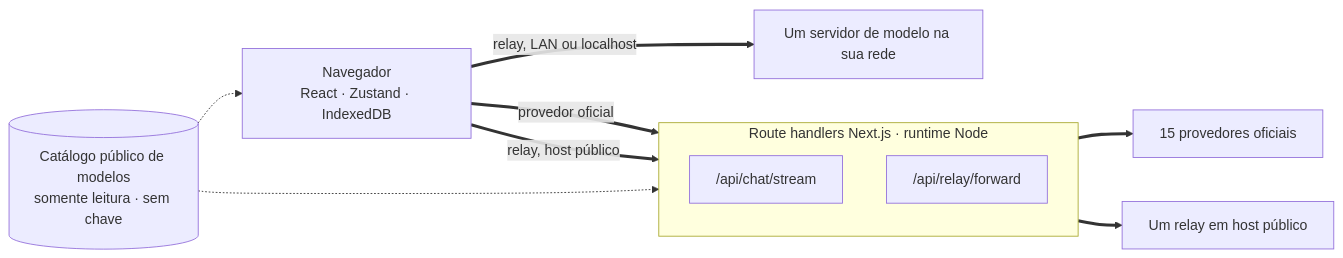
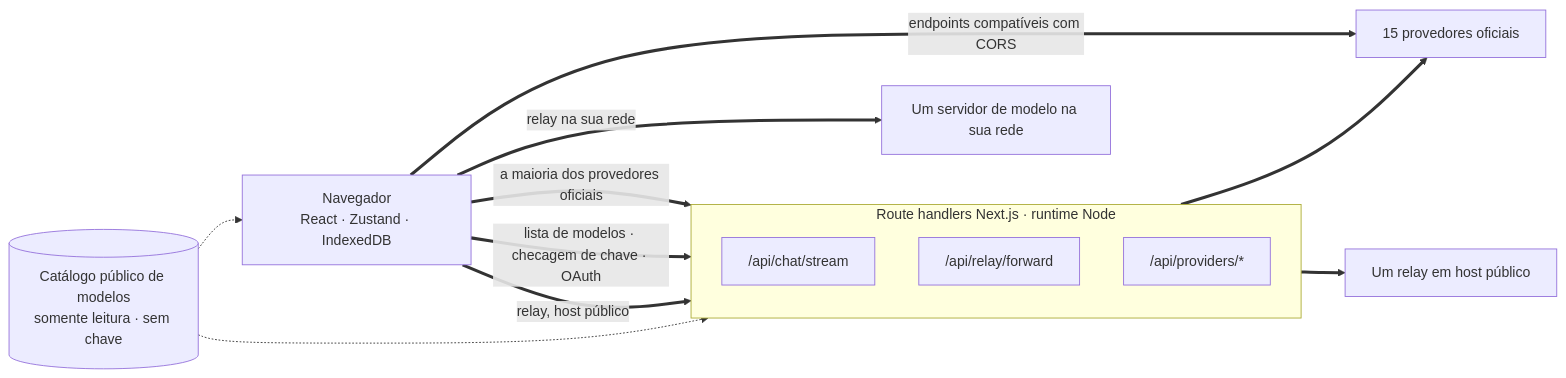
Before and after one commit to oriveo/oriveo: the first of 2 diagrams in readme_i18n/pt-BR/web.md, drawn with Mermaid. The commit also changed other lines of this file and 19 other files, not shown here.

````diff
--- a/readme_i18n/pt-BR/web.md
+++ b/readme_i18n/pt-BR/web.md
@@ -62,21 +62,24 @@
 ```mermaid
 flowchart LR
     browser["Navegador<br/>React · Zustand · IndexedDB"]
 
     subgraph server ["Route handlers Next.js · runtime Node"]
         direction TB
         chat["/api/chat/stream"]
         fwd["/api/relay/forward"]
+        prov["/api/providers/*"]
     end
 
     official["15 provedores oficiais"]
     pubrelay["Um relay em host público"]
     lan["Um servidor de modelo na sua rede"]
     catalog[("Catálogo público de modelos<br/>somente leitura · sem chave")]
 
-    browser ==>|"provedor oficial"| chat ==> official
+    browser ==>|"a maioria dos provedores oficiais"| chat ==> official
+    browser ==>|"lista de modelos · checagem de chave · OAuth"| prov
     browser ==>|"relay, host público"| fwd ==> pubrelay
-    browser ==>|"relay, LAN ou localhost"| lan
+    browser ==>|"relay na sua rede"| lan
+    browser ==>|"endpoints compatíveis com CORS"| official
     catalog -.-> browser
     catalog -.-> chat
 ```
````
